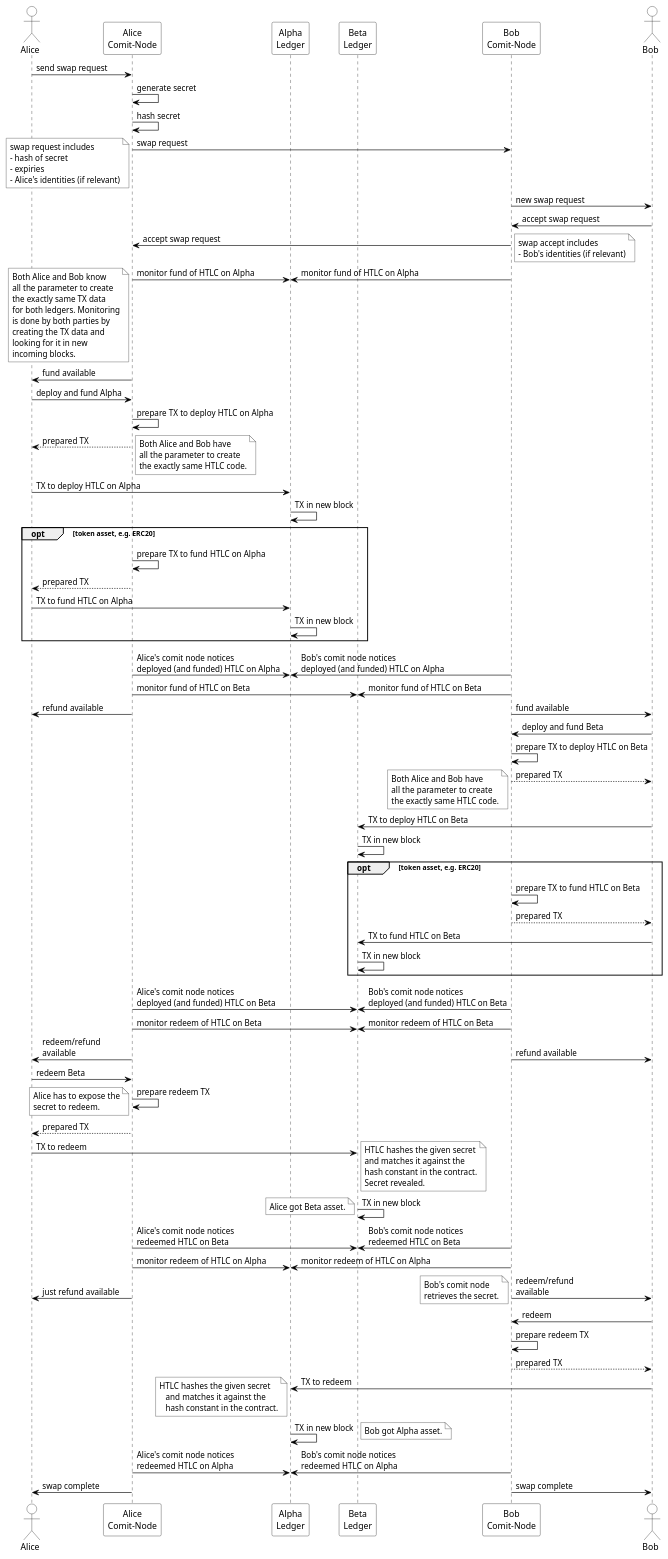
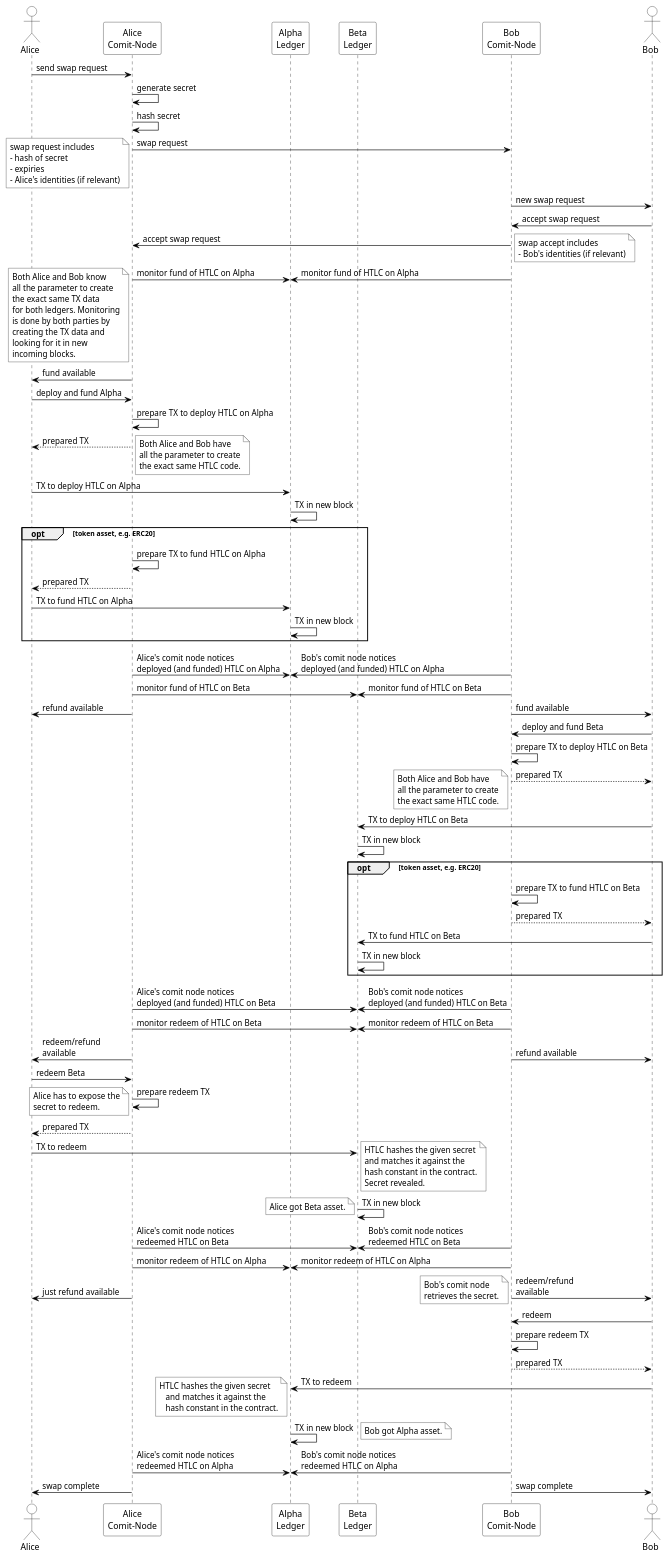
One commit to comit-network/RFCs changed the diagram in assets/RFC003-AlphaBeta-AtomicSwap.puml. Above: the diagram before and after it, drawn with PlantUML.

Commit message:
fixed grammar

```diff
--- a/assets/RFC003-AlphaBeta-AtomicSwap.puml
+++ b/assets/RFC003-AlphaBeta-AtomicSwap.puml
@@ -4,155 +4,155 @@
 @startuml
 ' #################################################
 ' SETTINGS: color settings of diagram
 ' #################################################
 skinparam sequence {
 	BorderColor black
 	ArrowColor black
 	ActorBorderColor black
 	LifeLineBorderColor black
 	LifeLineBackgroundColor white
 	
 	ParticipantBorderColor black
 	ParticipantBackgroundColor white
 	ParticipantFontColor black
 	
 	ActorBackgroundColor white
 	ActorFontColor black
 }
 ' #################################################
 ' ACTORS
 ' #################################################
 actor Alice
 participant "Alice\nComit-Node" as AC
 participant "Alpha\nLedger" as Alpha
 participant "Beta\nLedger" as Beta
 participant "Bob\nComit-Node" as BC
 actor Bob
 
 ' allow parallelism
 !pragma teoz true
 
 ' #################################################
 ' DIAGRAM
 ' #################################################
 Alice->AC: send swap request
 AC->AC: generate secret
 AC->AC: hash secret
 AC->BC: swap request 
 note left #white
 	swap request includes 
 	- hash of secret 
 	- expiries
 	- Alice's identities (if relevant)
 end note
 BC->Bob: new swap request
 Bob->BC: accept swap request
 BC->AC: accept swap request
 note right #white
 	swap accept includes
 	- Bob's identities (if relevant)
 end note
 BC->Alpha: monitor fund of HTLC on Alpha
 & AC->Alpha: monitor fund of HTLC on Alpha
 note left #white
 	Both Alice and Bob know
 	all the parameter to create
-	the exactly same TX data
+	the exact same TX data
 	for both ledgers. Monitoring
 	is done by both parties by
 	creating the TX data and
 	looking for it in new
 	incoming blocks.
 end note
 AC->Alice: fund available
 Alice->AC: deploy and fund Alpha
 AC->AC: prepare TX to deploy HTLC on Alpha
 AC-->Alice: prepared TX
 note right #white
 	Both Alice and Bob have
 	all the parameter to create
-	the exactly same HTLC code.
+	the exact same HTLC code.
 end note
 Alice->Alpha: TX to deploy HTLC on Alpha
 Alpha->Alpha: TX in new block
 opt token asset, e.g. ERC20
     AC->AC: prepare TX to fund HTLC on Alpha
     AC-->Alice: prepared TX
     Alice->Alpha: TX to fund HTLC on Alpha
     Alpha->Alpha: TX in new block
 end
 AC->Alpha: Alice's comit node notices\ndeployed (and funded) HTLC on Alpha
 & BC->Alpha: Bob's comit node notices\ndeployed (and funded) HTLC on Alpha
 BC->Beta: monitor fund of HTLC on Beta
 & AC->Beta: monitor fund of HTLC on Beta
 AC->Alice: refund available
 & BC->Bob: fund available
 Bob->BC: deploy and fund Beta
 BC->BC: prepare TX to deploy HTLC on Beta
 BC-->Bob: prepared TX
 note left #white
 	Both Alice and Bob have
 	all the parameter to create
-	the exactly same HTLC code.
+	the exact same HTLC code.
 end note
 Bob->Beta: TX to deploy HTLC on Beta
 Beta->Beta: TX in new block
 opt token asset, e.g. ERC20
     BC->BC: prepare TX to fund HTLC on Beta
     BC-->Bob: prepared TX
     Bob->Beta: TX to fund HTLC on Beta
     Beta->Beta: TX in new block
 end
 BC->Beta: Bob's comit node notices\ndeployed (and funded) HTLC on Beta
 & AC->Beta: Alice's comit node notices\ndeployed (and funded) HTLC on Beta
 BC->Beta: monitor redeem of HTLC on Beta
 & AC->Beta: monitor redeem of HTLC on Beta
 BC->Bob: refund available
 & AC->Alice: redeem/refund\navailable
 Alice->AC: redeem Beta
 AC->AC: prepare redeem TX
 note left #white
 	Alice has to expose the
 	secret to redeem.
 end note
 AC-->Alice: prepared TX
 Alice->Beta: TX to redeem
 note right #white
 	HTLC hashes the given secret
 	and matches it against the
 	hash constant in the contract.
 	Secret revealed.
 end note
 Beta->Beta: TX in new block
 note left #white
 	Alice got Beta asset.
 end note
 AC->Beta: Alice's comit node notices\nredeemed HTLC on Beta
 & BC->Beta: Bob's comit node notices\nredeemed HTLC on Beta
 BC->Alpha: monitor redeem of HTLC on Alpha
 & AC->Alpha: monitor redeem of HTLC on Alpha
 AC->Alice: just refund available
 & BC->Bob: redeem/refund\navailable
 note left #white
 	Bob's comit node
 	retrieves the secret.
 end note
 Bob->BC: redeem
 BC->BC: prepare redeem TX
 BC-->Bob: prepared TX
 Bob->Alpha: TX to redeem
 note left #white
 	HTLC hashes the given secret
     and matches it against the
     hash constant in the contract.
 end note
 Alpha->Alpha: TX in new block
 note right #white
 	Bob got Alpha asset.
 end note
 AC->Alpha: Alice's comit node notices\nredeemed HTLC on Alpha
 & BC->Alpha: Bob's comit node notices\nredeemed HTLC on Alpha
 AC->Alice: swap complete
 & BC->Bob: swap complete
 
 @enduml
```
